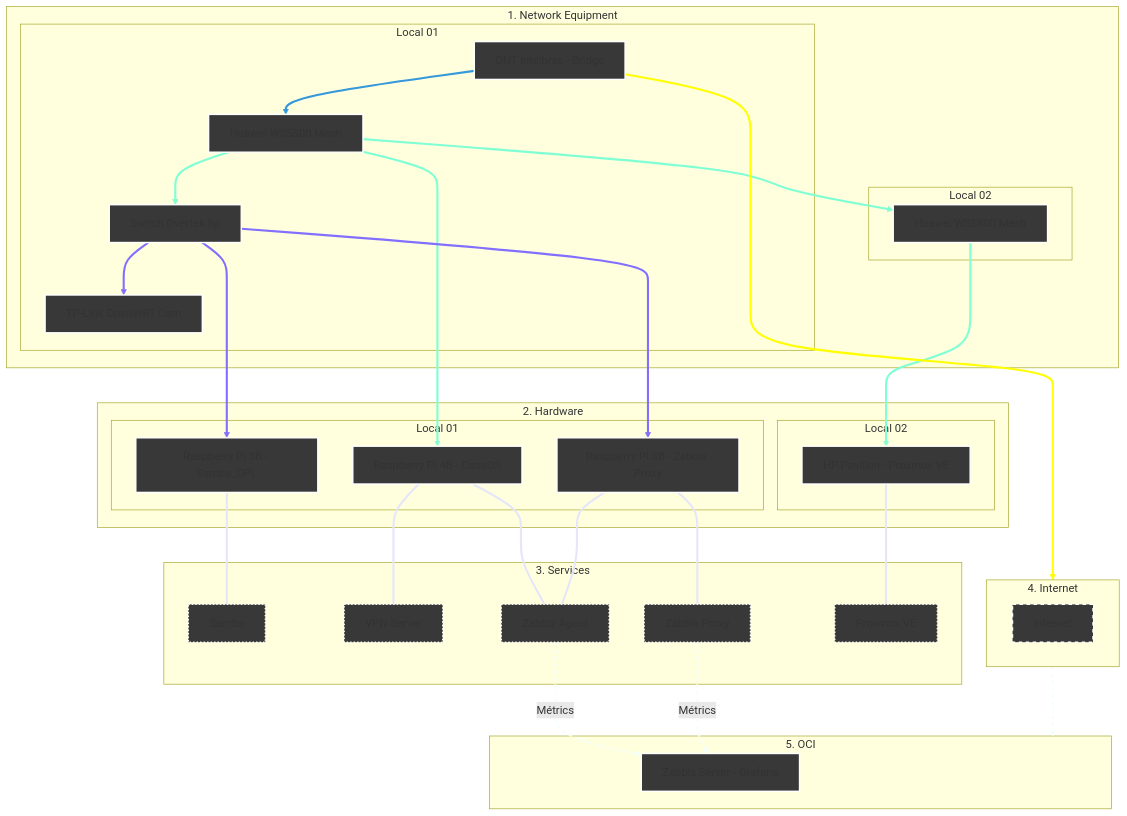
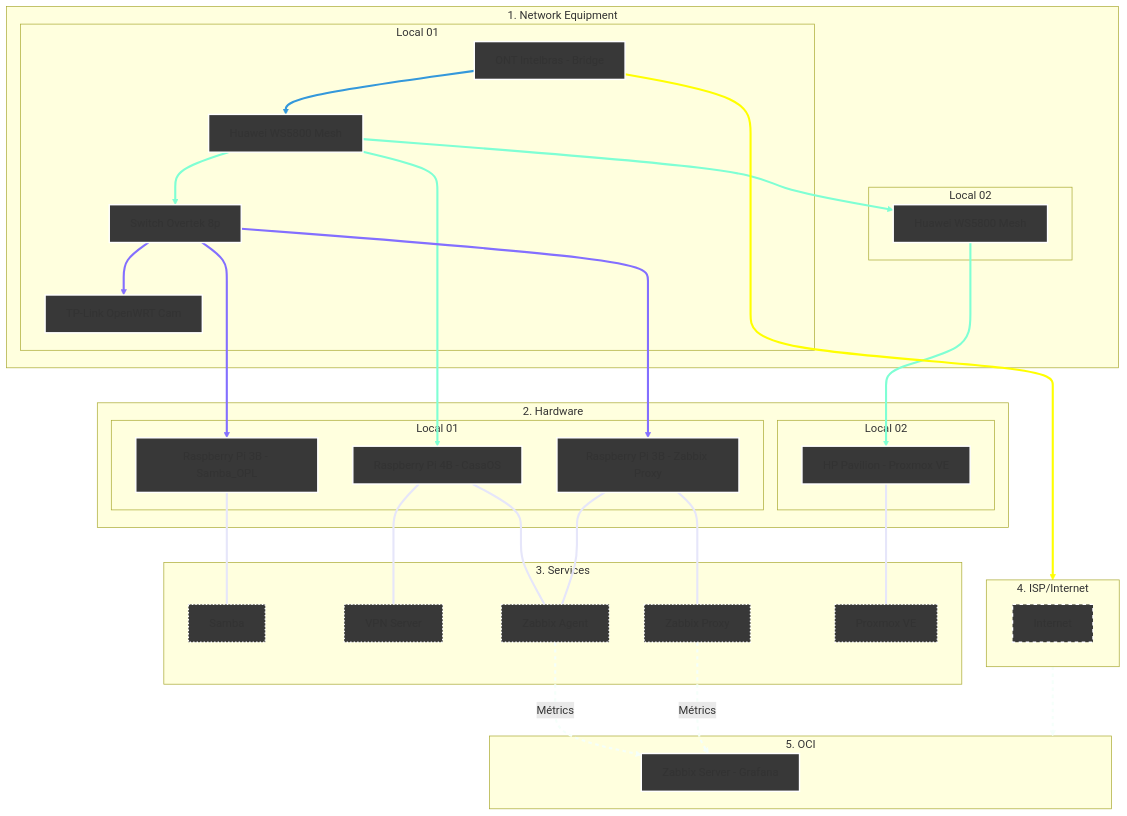
Before and after one commit to kevindexter22/Dr-Hardware-Autonet: the diagram in Infraestructure/README.md, drawn with Mermaid.

````diff
--- a/Infraestructure/README.md
+++ b/Infraestructure/README.md
@@ -13,71 +13,71 @@
 ```mermaid
 graph TD
     %% Styles
     classDef network fill:#383838,stroke:#FFFFFF,stroke-width:2px;
     classDef hardware fill:#383838,stroke:#FFFFFF,stroke-width:2px;
     classDef internet fill:#383838,stroke:#FFFFFF,stroke-width:2px,stroke-dasharray: 5 5;
     classDef services fill:#383838,stroke:#FFFFFF,stroke-width:2px, stroke-dasharray: 2 3;
     classDef oci fill:#383838,stroke:#FFFFFF,stroke-width:2px;
 
     %% 1. NETWORK EQUIPMENT
     subgraph Principal["1. Network Equipment"]
     subgraph S1 [Local 01]
         ONT[ONT Intelbras - Bridge]:::network --> R_Mesh1[Huawei WS5800 Mesh]:::network
         R_Mesh1 --> SW1[Switch Overtek 8p]:::network
         SW1 --> R_Cams[TP-Link OpenWRT Cam]:::network    
     end
     subgraph S2 [Local 02]
         R_Mesh1 --> R_Mesh2[Huawei WS5800 Mesh]:::network
     end
     end
     
     %% 2. HARDWARE
     subgraph Principal02["2. Hardware"]
     subgraph S3 [Local 01]
         SW1 ---> RPi3B_1[Raspberry Pi 3B - Samba_OPL]:::hardware
         R_Mesh1 ---> RPi4B[Raspberry Pi 4B - CasaOS]:::hardware
         SW1 ---> RPi3B_2[Raspberry Pi 3B - Zabbix Proxy]:::hardware
     end
     subgraph S4 [Local 02]
         R_Mesh2 ---> HP[HP Pavilion - Proxmox VE]:::hardware
     end
     end
 
     %% 3. SERVICES     
     subgraph S5 [3. Services];
         RPi3B_1 --- SMB1[Samba]:::services
         RPi4B --- VPN[VPN Server]:::services
         RPi4B --- ZA[Zabbix Agent]:::services
         RPi3B_2 --- ZA[Zabbix Agent]:::services
         RPi3B_2 --- ZP[Zabbix Proxy]:::services
         HP --- PVE[Proxmox VE]:::services        
     end
 
     %% 4. Internet (The Bridge)
-    subgraph S6 [4. Internet]
+    subgraph S6 [4. ISP/Internet]
            internet[Internet]:::internet
     end
 
     %% 5. Oracle Cloud Infrastructure
     subgraph S7 [5. OCI]
         ZS[Zabbix Server - Grafana]:::oci
     end
 
     %% Conections of data flow
     ONT --> S6
     S6 --> S7
     
     %% Logical conections
     ZA -.-> |Métrics| ZS
     ZP -.-> |Métrics| ZS 
 
     %% --- Set collor on conections ---
     
     linkStyle 0 stroke:#3498db,stroke-width:3px;
     linkStyle 1,3,5,7 stroke:#7FFFD4,stroke-width:3px;
     linkStyle 2,4,6 stroke:#836FFF,stroke-width:3px;
     linkStyle 8,9,10,11,12,13 stroke:#E6E6FA,stroke-width:3px;
     linkStyle 14 stroke:#FFFF00,stroke-width:3px;
     linkStyle 15,16,17 stroke:#F5FFFA,stroke-width:3px,stroke-dasharray: 5 5;
 
 ```
````
